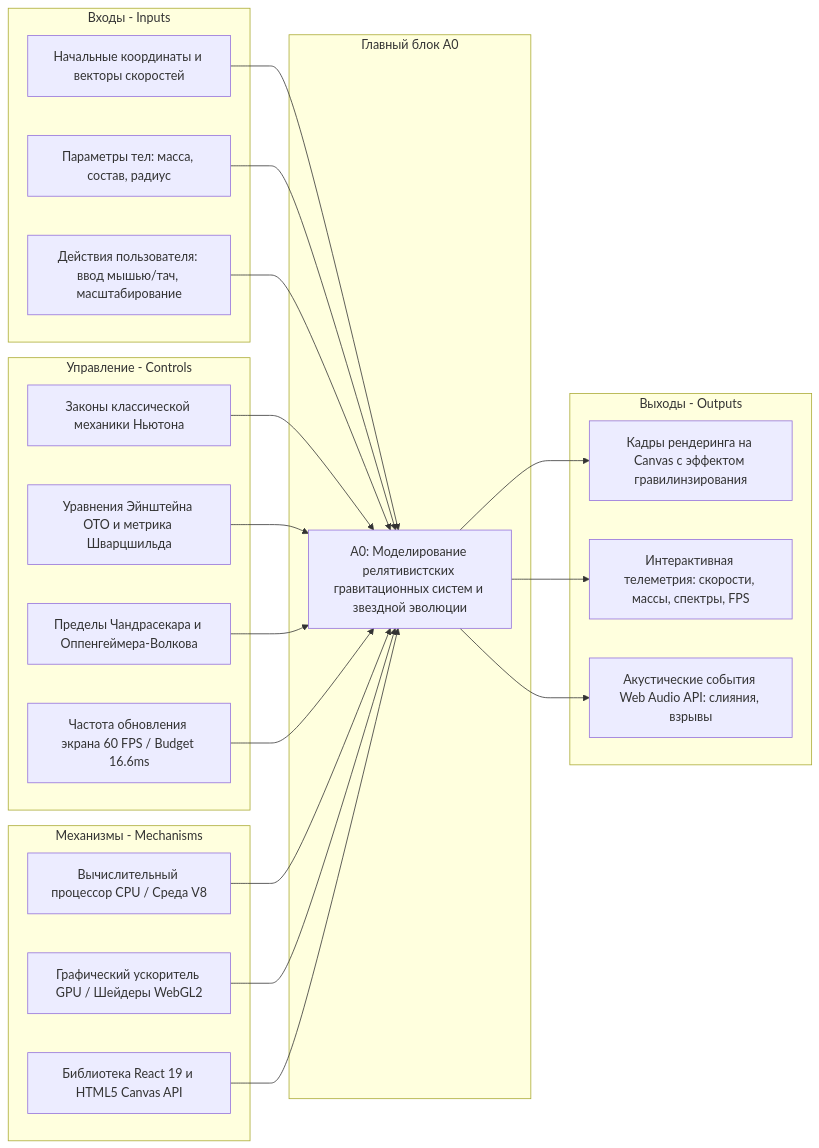
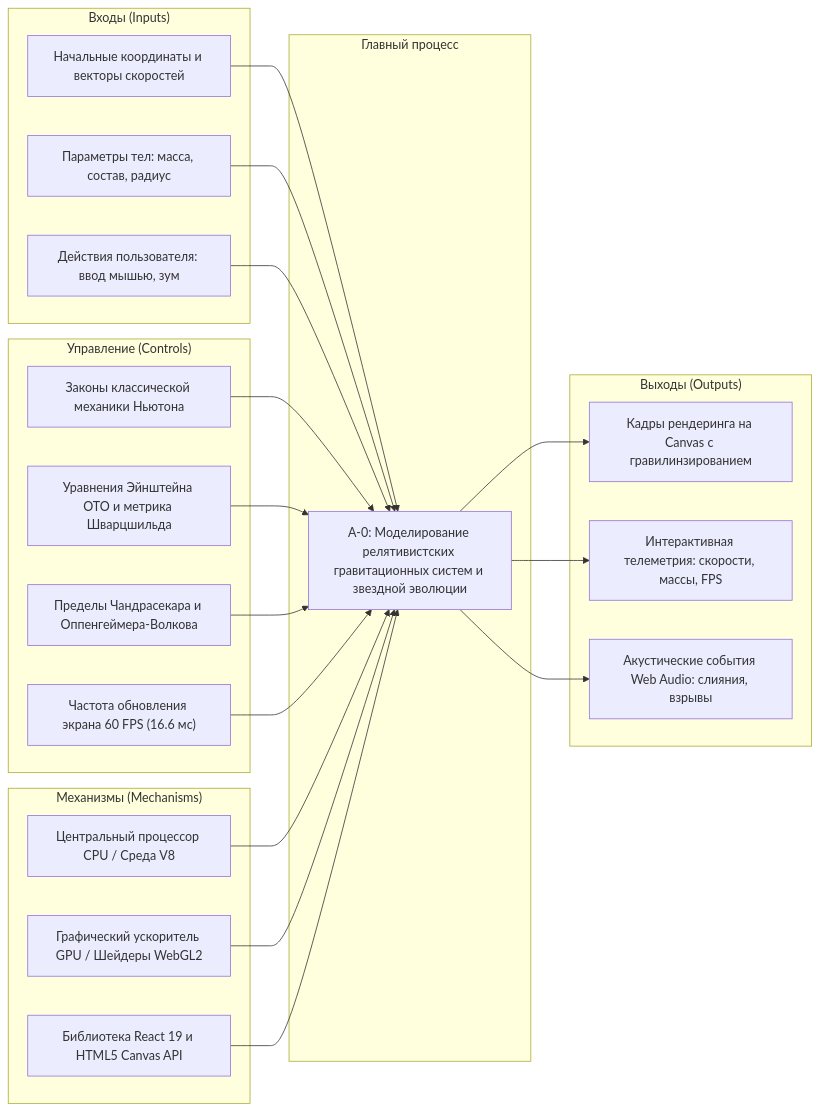
One commit to bobPingvin/stellargenesis changed the eighth of 11 diagrams in diagrams-overview.md. Above: the diagram before and after it, drawn with Mermaid. The commit also changed other lines of this file, not shown here.

````diff
--- a/diagrams-overview.md
+++ b/diagrams-overview.md
@@ -358,48 +367,48 @@
 ```mermaid
 graph LR
-    subgraph ВХОДЫ_I [Входы - Inputs]
-        I1[Начальные координаты и векторы скоростей]
-        I2[Параметры тел: масса, состав, радиус]
-        I3[Действия пользователя: ввод мышью/тач, масштабирование]
+    subgraph InputsGroup["Входы (Inputs)"]
+        I1["Начальные координаты и векторы скоростей"]
+        I2["Параметры тел: масса, состав, радиус"]
+        I3["Действия пользователя: ввод мышью, зум"]
     end
 
-    subgraph УПРАВЛЕНИЕ_C [Управление - Controls]
-        C1[Законы классической механики Ньютона]
-        C2[Уравнения Эйнштейна ОТО и метрика Шварцшильда]
-        C3[Пределы Чандрасекара и Оппенгеймера-Волкова]
-        C4[Частота обновления экрана 60 FPS / Budget 16.6ms]
+    subgraph ControlsGroup["Управление (Controls)"]
+        C1["Законы классической механики Ньютона"]
+        C2["Уравнения Эйнштейна ОТО и метрика Шварцшильда"]
+        C3["Пределы Чандрасекара и Оппенгеймера-Волкова"]
+        C4["Частота обновления экрана 60 FPS (16.6 мс)"]
     end
 
-    subgraph ПРОЦЕСС [Главный блок A0]
-        MainBlock["А0: Моделирование релятивистских гравитационных систем и звездной эволюции"]
+    subgraph FunctionBlock["Главный процесс"]
+        MainBlock["А-0: Моделирование релятивистских гравитационных систем и звездной эволюции"]
     end
 
-    subgraph ВЫХОДЫ_O [Выходы - Outputs]
-        O1[Кадры рендеринга на Canvas с эффектом гравилинзирования]
-        O2[Интерактивная телеметрия: скорости, массы, спектры, FPS]
-        O3[Акустические события Web Audio API: слияния, взрывы]
+    subgraph OutputsGroup["Выходы (Outputs)"]
+        O1["Кадры рендеринга на Canvas с гравилинзированием"]
+        O2["Интерактивная телеметрия: скорости, массы, FPS"]
+        O3["Акустические события Web Audio: слияния, взрывы"]
     end
 
-    subgraph МЕХАНИЗМЫ_M [Механизмы - Mechanisms]
-        M1[Вычислительный процессор CPU / Среда V8]
-        M2[Графический ускоритель GPU / Шейдеры WebGL2]
-        M3[Библиотека React 19 и HTML5 Canvas API]
+    subgraph MechanismsGroup["Механизмы (Mechanisms)"]
+        M1["Центральный процессор CPU / Среда V8"]
+        M2["Графический ускоритель GPU / Шейдеры WebGL2"]
+        M3["Библиотека React 19 и HTML5 Canvas API"]
     end
 
     I1 --> MainBlock
     I2 --> MainBlock
     I3 --> MainBlock
 
     C1 --> MainBlock
     C2 --> MainBlock
     C3 --> MainBlock
     C4 --> MainBlock
 
     MainBlock --> O1
     MainBlock --> O2
     MainBlock --> O3
 
     M1 --> MainBlock
     M2 --> MainBlock
     M3 --> MainBlock
 ```
````
